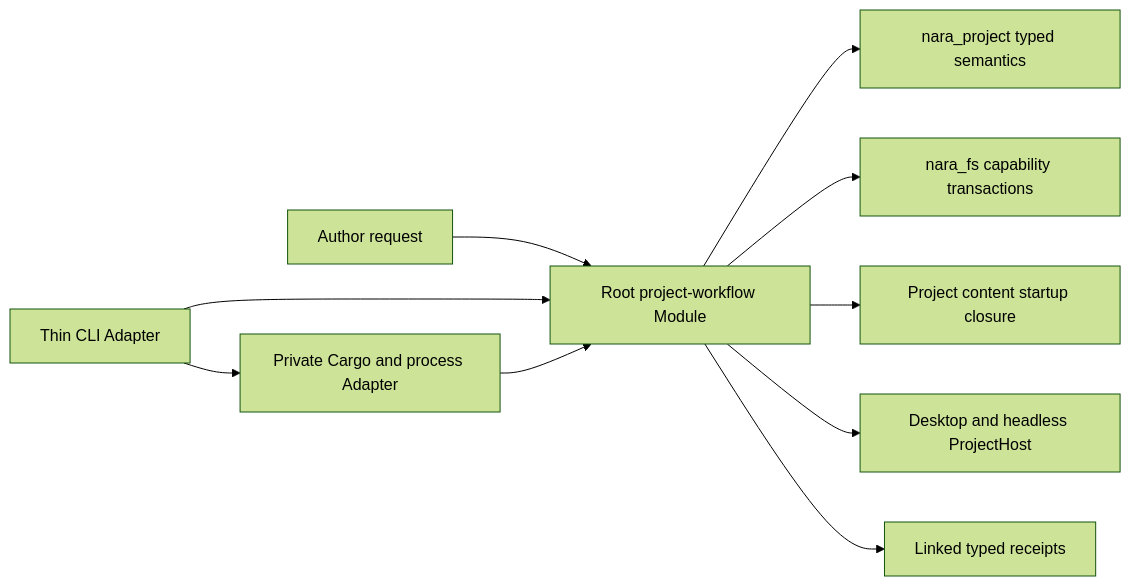
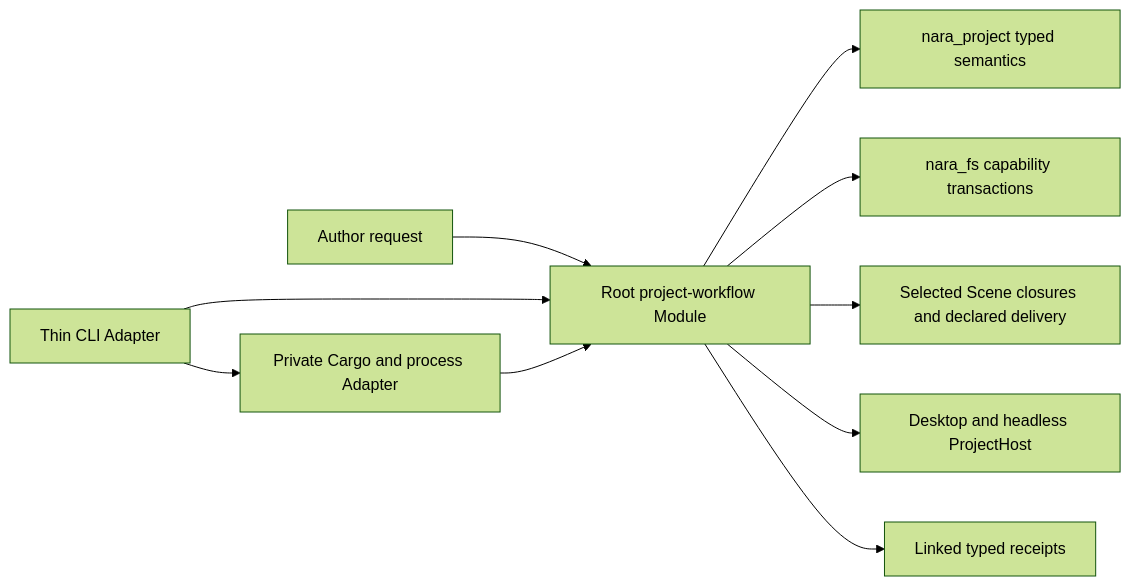
One commit to Latias94/nara changed the diagram in docs/architecture/adr/0110-first-party-project-workflow-and-source-carrying-export.md. Above: the diagram before and after it, drawn with Mermaid (forest theme). The commit also changed other lines of this file and 72 other files, not shown here.

First line of the commit message:
feat(content)!: deliver explicitly declared Scene dependency closures

````diff
--- a/docs/architecture/adr/0110-first-party-project-workflow-and-source-carrying-export.md
+++ b/docs/architecture/adr/0110-first-party-project-workflow-and-source-carrying-export.md
@@ -48,12 +49,12 @@
 ```mermaid
 flowchart LR
   Author[Author request] --> Workflow[Root project-workflow Module]
   Workflow --> Manifest[nara_project typed semantics]
   Workflow --> Files[nara_fs capability transactions]
-  Workflow --> Content[Project content startup closure]
+  Workflow --> Content[Selected Scene closures and declared delivery]
   Workflow --> Host[Desktop and headless ProjectHost]
   CLI[Thin CLI Adapter] --> Workflow
   CLI --> Cargo[Private Cargo and process Adapter]
   Cargo --> Workflow
   Workflow --> Receipt[Linked typed receipts]
 ```
````
